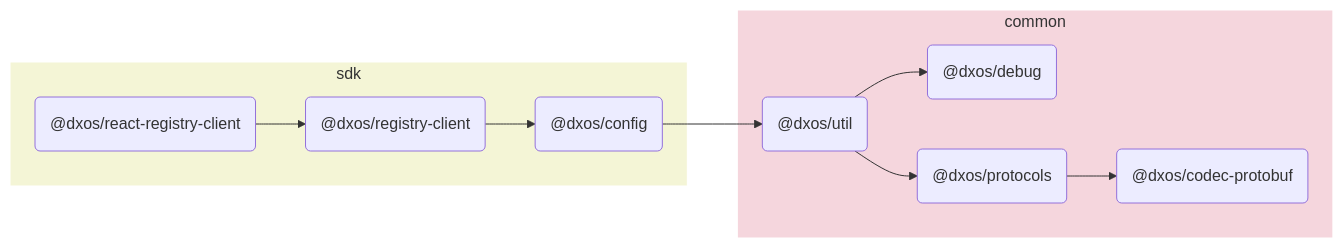
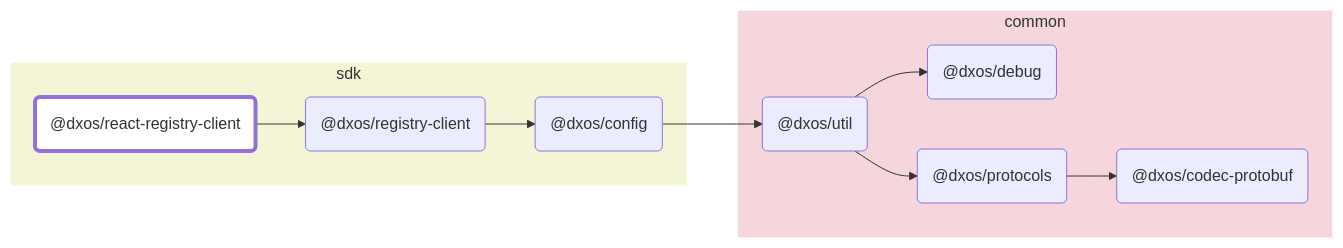
One commit to dxos/dxos changed the diagram in packages/sdk/react-registry-client/docs/README.md. Above: the diagram before and after it, drawn with Mermaid. The commit also changed other lines of this file and 88 other files, not shown here.

````diff
--- a/packages/sdk/react-registry-client/docs/README.md
+++ b/packages/sdk/react-registry-client/docs/README.md
@@ -5,25 +7,34 @@
 ```mermaid
 flowchart LR;
+
+style dxos/react-registry-client fill:#fff,stroke-width:4px;
+
+click dxos/config "https:/github.com/dxos/dxos/tree/main/packages/sdk/config/docs";
+click dxos/codec-protobuf "https:/github.com/dxos/dxos/tree/main/packages/common/codec-protobuf/docs";
+click dxos/debug "https:/github.com/dxos/dxos/tree/main/packages/common/debug/docs";
+click dxos/protocols "https:/github.com/dxos/dxos/tree/main/packages/common/protocols/docs";
+click dxos/util "https:/github.com/dxos/dxos/tree/main/packages/common/util/docs";
+click dxos/registry-client "https:/github.com/dxos/dxos/tree/main/packages/sdk/registry-client/docs";
 
 subgraph sdk
   style sdk fill:#f4f5d6,stroke:#fff;
   dxos/react-registry-client("@dxos/react-registry-client");
   dxos/config("@dxos/config");
   dxos/registry-client("@dxos/registry-client");
 end
 
 subgraph common
   style common fill:#f5d6dd,stroke:#fff;
   dxos/codec-protobuf("@dxos/codec-protobuf");
   dxos/debug("@dxos/debug");
   dxos/protocols("@dxos/protocols");
   dxos/util("@dxos/util");
 end
 
 dxos/protocols --> dxos/codec-protobuf;
 dxos/config --> dxos/util;
 dxos/util --> dxos/debug;
 dxos/util --> dxos/protocols;
 dxos/react-registry-client --> dxos/registry-client;
 dxos/registry-client --> dxos/config;
 ```
````
